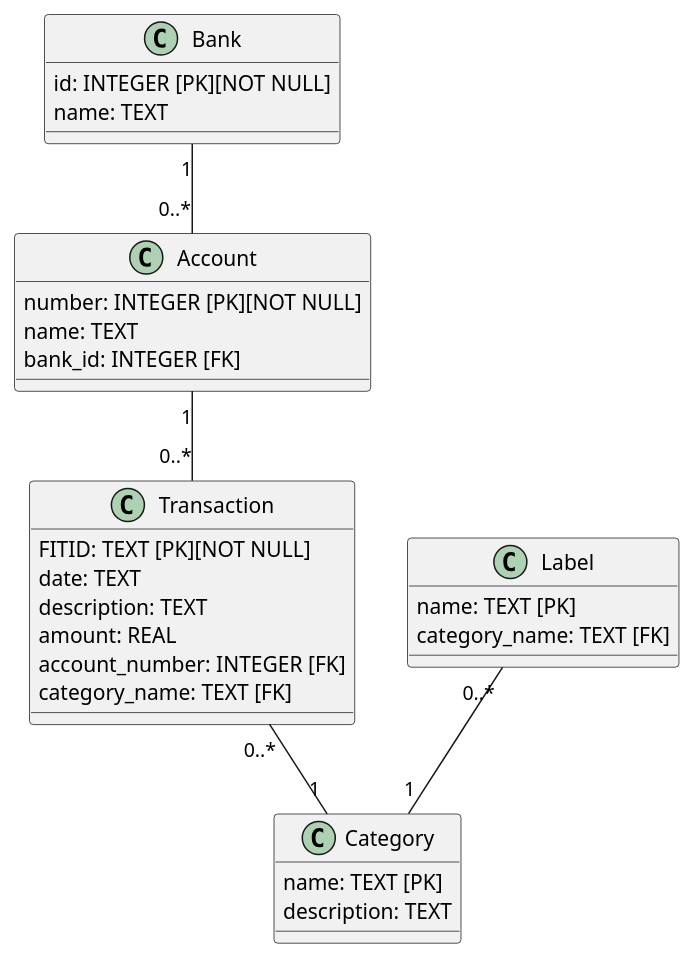
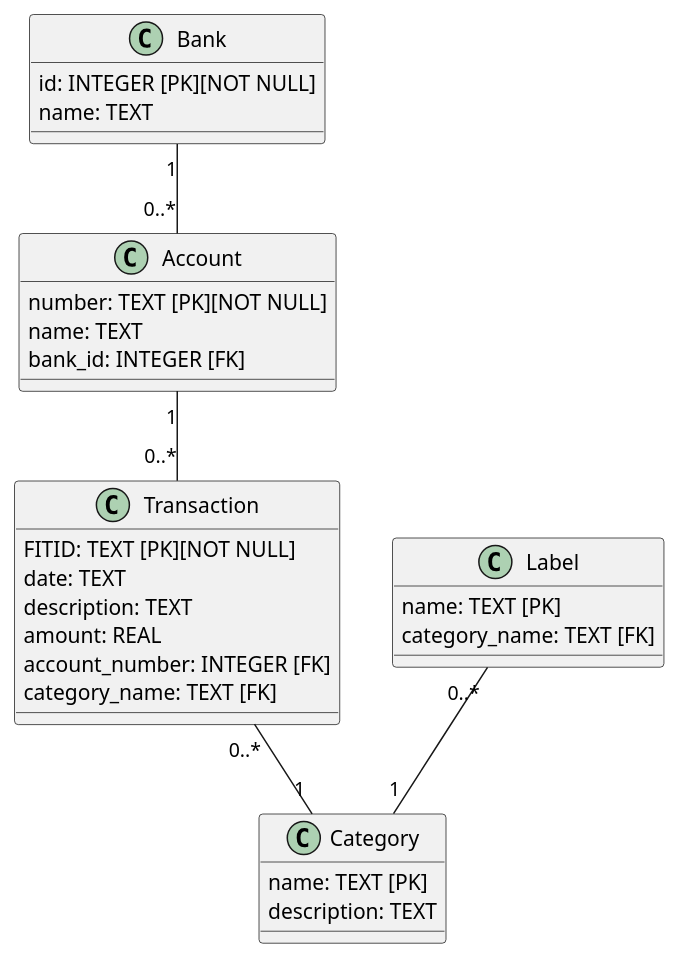
One commit to nboutin/buba_engine changed the diagram in source/doc/database_project.class.plantuml. Above: the diagram before and after it, drawn with PlantUML. The commit also changed 4 other files, not shown here.

```diff
--- a/source/doc/database_project.class.plantuml
+++ b/source/doc/database_project.class.plantuml
@@ -1,40 +1,40 @@
 @startuml
 
 class Bank {
 	id: INTEGER [PK][NOT NULL]
 	name: TEXT
 }
 
 class Account {
-	number: INTEGER [PK][NOT NULL]
+	number: TEXT [PK][NOT NULL]
 	name: TEXT
 	bank_id: INTEGER [FK]
 }
 
 class Transaction {
 	'Financial Institut Transaction ID
 	FITID: TEXT [PK][NOT NULL]
 	date: TEXT
 	description: TEXT
 	amount: REAL
 	account_number: INTEGER [FK]
 	category_name: TEXT [FK]
 }
 
 class Label {
 	name: TEXT [PK]
 	category_name: TEXT [FK]
 }
 
 class Category {
 	name: TEXT [PK]
 	description: TEXT
 }
 
 
 Bank "1" -- "0..*" Account
 Account "1" -- "0..*" Transaction
 Transaction "0..*" -- "1" Category
 Label "0..*" -- "1" Category
 
 @enduml
```
